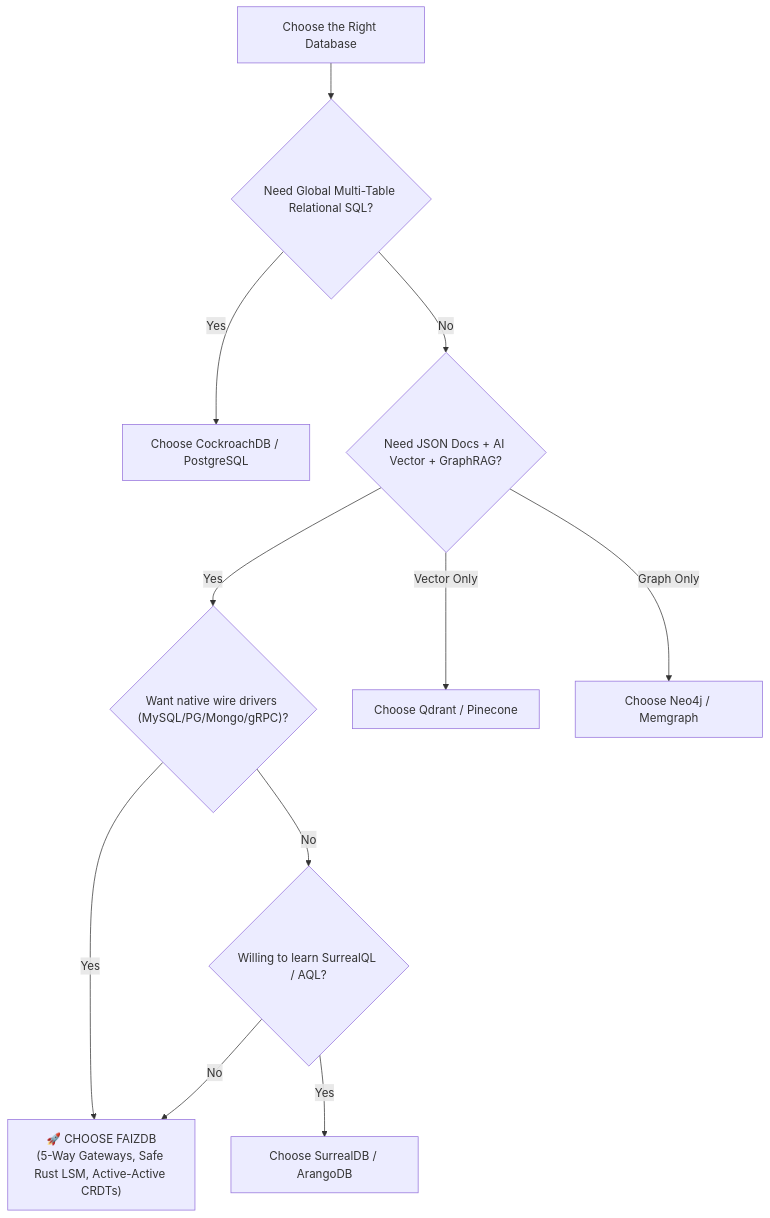
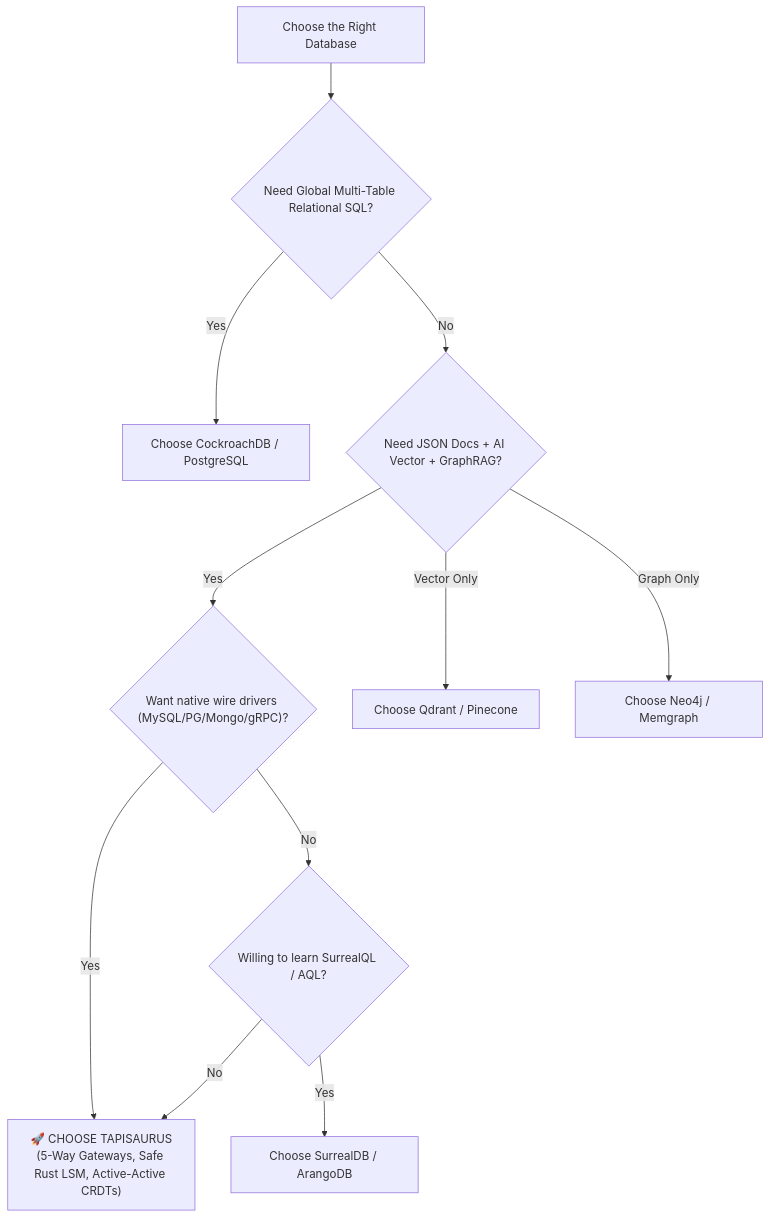
The diagram in docs/COMPETITIVE_ANALYSIS.md (tapiruslab/TapisaurusDB), drawn with Mermaid before and after one commit. The commit also changed other lines of this file and 410 other files, not shown here.

````diff
--- a/docs/COMPETITIVE_ANALYSIS.md
+++ b/docs/COMPETITIVE_ANALYSIS.md
@@ -136,15 +136,15 @@
 ```mermaid
 graph TD
     Start["Choose the Right Database"] --> Q1{"Need Global Multi-Table Relational SQL?"}
     Q1 -- "Yes" --> Cockroach["Choose CockroachDB / PostgreSQL"]
     Q1 -- "No" --> Q2{"Need JSON Docs + AI Vector + GraphRAG?"}
     
     Q2 -- "Yes" --> Q3{"Want native wire drivers (MySQL/PG/Mongo/gRPC)?"}
-    Q3 -- "Yes" --> FaizDBChoice["🚀 CHOOSE FAIZDB<br/>(5-Way Gateways, Safe Rust LSM, Active-Active CRDTs)"]
+    Q3 -- "Yes" --> TapisaurusChoice["🚀 CHOOSE TAPISAURUS<br/>(5-Way Gateways, Safe Rust LSM, Active-Active CRDTs)"]
     Q3 -- "No" --> Q4{"Willing to learn SurrealQL / AQL?"}
     Q4 -- "Yes" --> Surreal["Choose SurrealDB / ArangoDB"]
-    Q4 -- "No" --> FaizDBChoice
+    Q4 -- "No" --> TapisaurusChoice
     
     Q2 -- "Vector Only" --> QdrantChoice["Choose Qdrant / Pinecone"]
     Q2 -- "Graph Only" --> Neo4jChoice["Choose Neo4j / Memgraph"]
 ```
````
